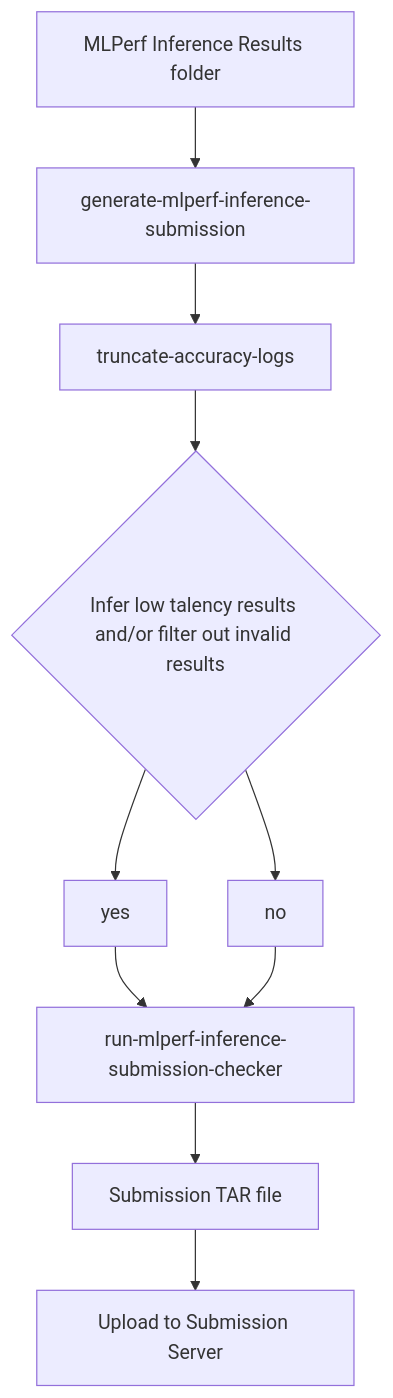
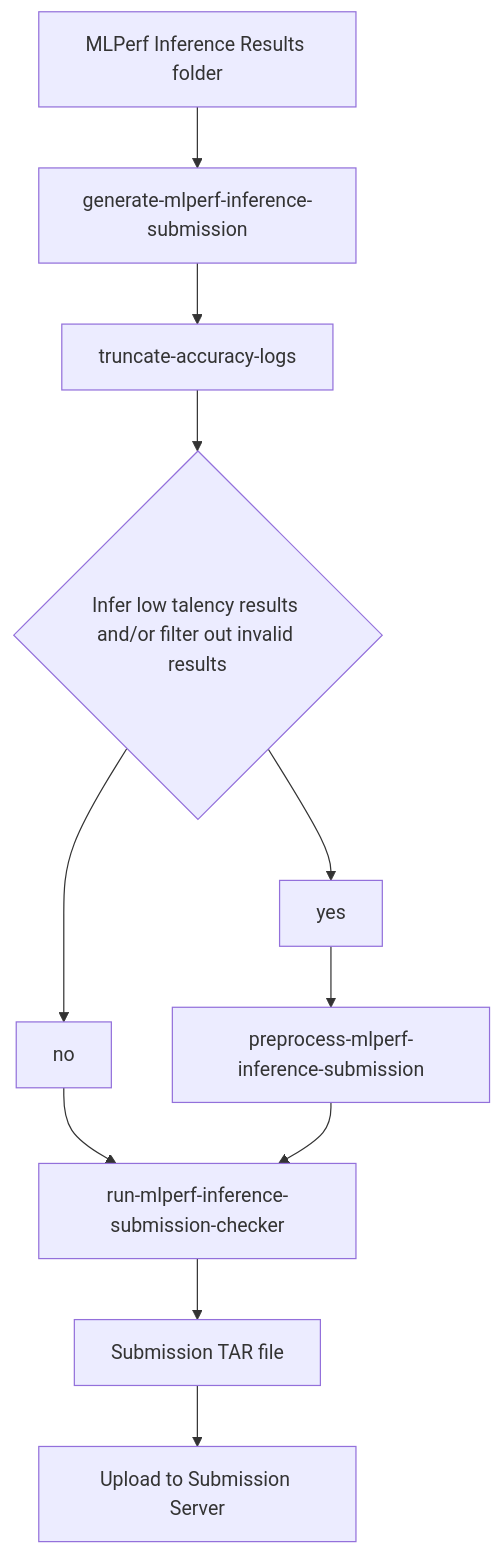
The first of 2 diagrams in docs/submission/index.md (GATEOverflow/inference), drawn with Mermaid before and after one commit.

````diff
--- a/docs/submission/index.md
+++ b/docs/submission/index.md
@@ -13,10 +13,11 @@
 ```mermaid
 flowchart TB
     A[MLPerf Inference Results folder] --> B[generate-mlperf-inference-submission]
     B --> C[truncate-accuracy-logs]
     C --> D{Infer low talency results and/or filter out invalid results}
     D --> yes --> E[preprocess-mlperf-inference-submission]
-    D --> no --> E[run-mlperf-inference-submission-checker]
-    E --> F[Submission TAR file]
-    F --> G[Upload to Submission Server]
+    D --> no --> F[run-mlperf-inference-submission-checker]
+    E --> F
+    F --> G[Submission TAR file]
+    G --> H[Upload to Submission Server]
 ```
````
